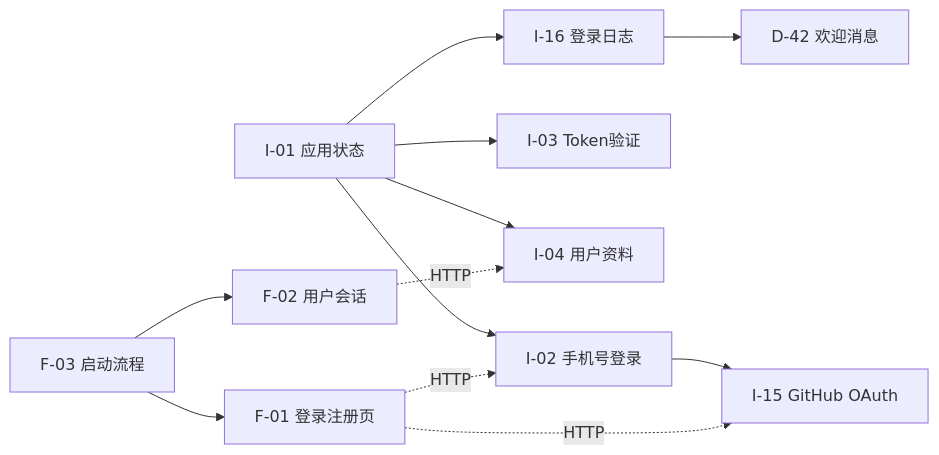
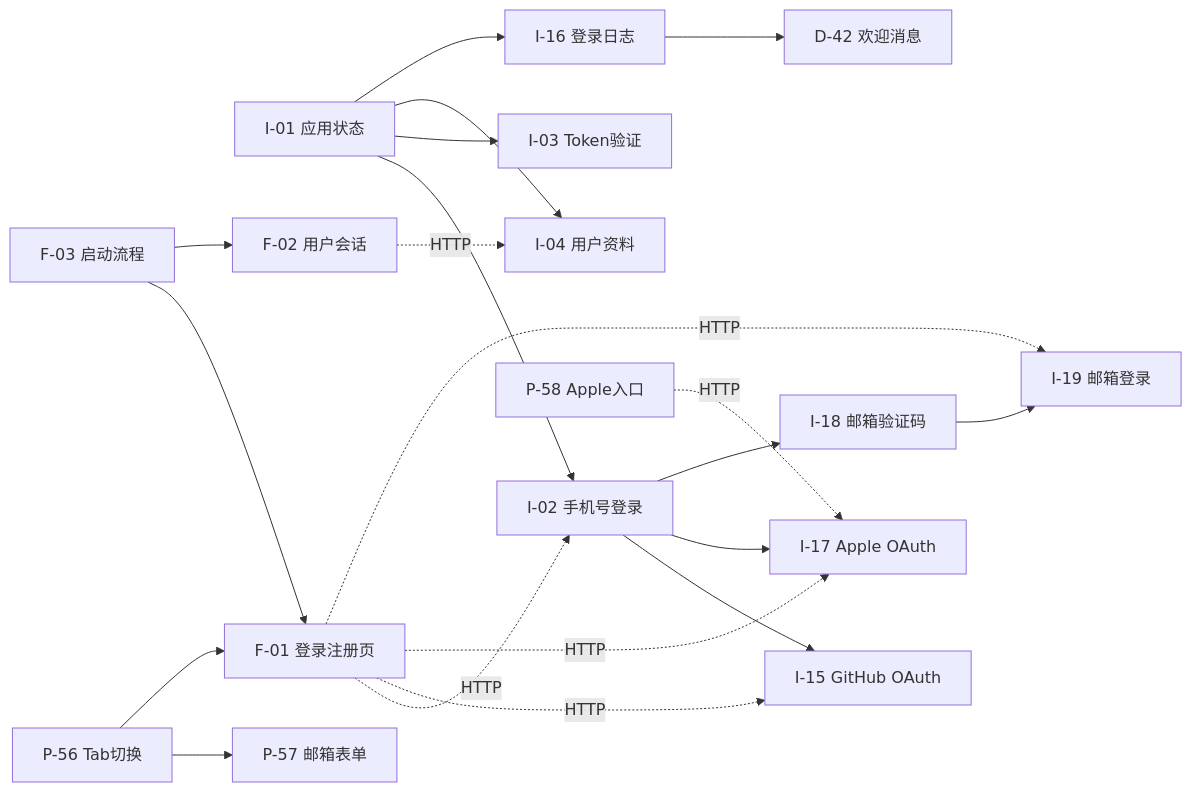
The second of 6 diagrams in docs/features/archiver/index.md (toly1994328/flash_im_by_ai), drawn with Mermaid before and after one commit. The commit also changed other lines of this file and 11 other files, not shown here.

````diff
--- a/docs/features/archiver/index.md
+++ b/docs/features/archiver/index.md
@@ -240,14 +251,22 @@
 ```mermaid
 graph LR
     I01[I-01 应用状态] --> I02[I-02 手机号登录]
     I01 --> I03[I-03 Token验证]
     I01 --> I04[I-04 用户资料]
     I02 --> I15[I-15 GitHub OAuth]
+    I02 --> I17[I-17 Apple OAuth]
+    I02 --> I18[I-18 邮箱验证码]
+    I18 --> I19[I-19 邮箱登录]
     I01 --> I16[I-16 登录日志]
     I16 --> D42[D-42 欢迎消息]
     F01[F-01 登录注册页] -.->|HTTP| I02
     F01 -.->|HTTP| I15
+    F01 -.->|HTTP| I17
+    F01 -.->|HTTP| I19
     F02[F-02 用户会话] -.->|HTTP| I04
     F03[F-03 启动流程] --> F01
     F03 --> F02
+    P56[P-56 Tab切换] --> P57[P-57 邮箱表单]
+    P56 --> F01
+    P58[P-58 Apple入口] -.->|HTTP| I17
 ```
````
